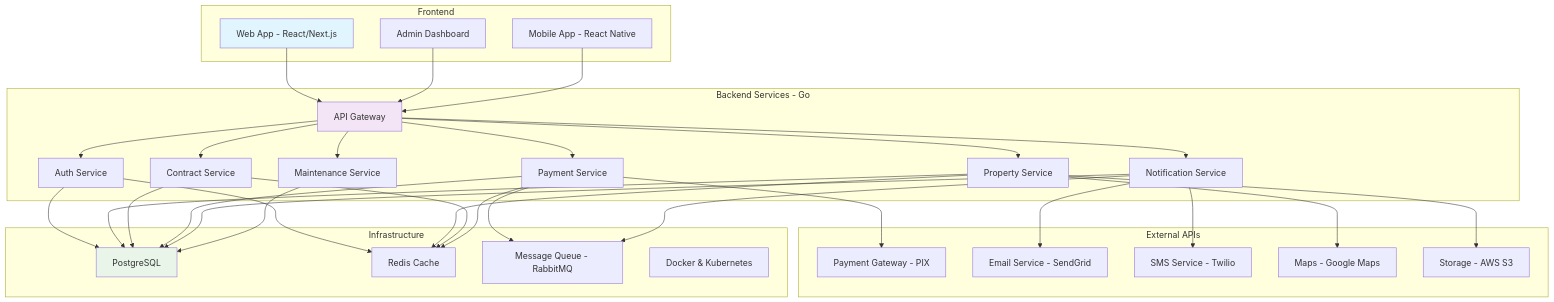
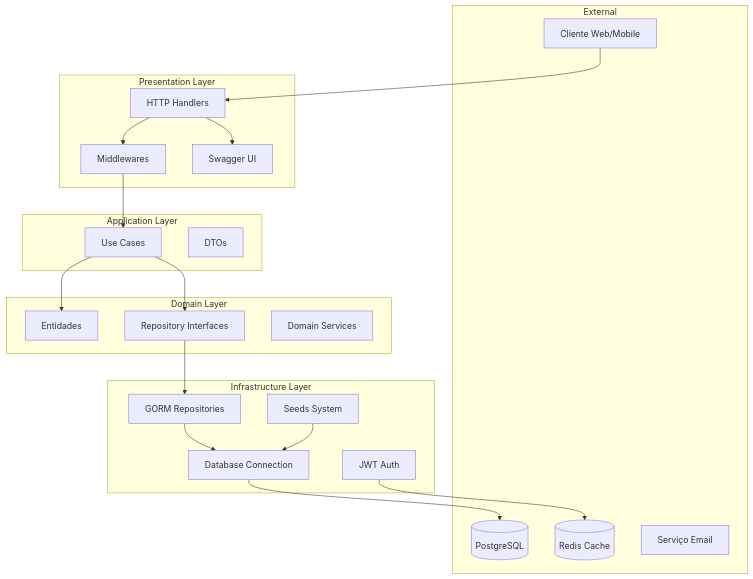
One commit to Turgho/Aluguei changed the first of 3 diagrams in src/Backend/docs/06_Arquitetura.md. Above: the diagram before and after it, drawn with Mermaid. The commit also changed other lines of this file and 10 other files, not shown here.

````diff
--- a/src/Backend/docs/06_Arquitetura.md
+++ b/src/Backend/docs/06_Arquitetura.md
@@ -3,57 +9,46 @@
 ```mermaid
 graph TB
-    subgraph Frontend
-        A[Web App - React/Next.js]
-        B[Admin Dashboard]
-        C[Mobile App - React Native]
+    subgraph "External"
+        Client[Cliente Web/Mobile]
+        DB[(PostgreSQL)]
+        Redis[(Redis Cache)]
+        Email[Serviço Email]
     end
     
-    subgraph Backend Services - Go
-        D[API Gateway]
-        E[Auth Service]
-        F[Property Service]
-        G[Contract Service]
-        H[Payment Service]
-        I[Notification Service]
-        J[Maintenance Service]
+    subgraph "Presentation Layer"
+        HTTP[HTTP Handlers]
+        Middleware[Middlewares]
+        Swagger[Swagger UI]
     end
     
-    subgraph External APIs
-        K[Payment Gateway - PIX]
-        L[Email Service - SendGrid]
-        L2[SMS Service - Twilio]
-        M[Maps - Google Maps]
-        N[Storage - AWS S3]
+    subgraph "Application Layer"
+        UC[Use Cases]
+        DTO[DTOs]
     end
     
-    subgraph Infrastructure
-        O[PostgreSQL]
-        P[Redis Cache]
-        Q[Message Queue - RabbitMQ]
-        R[Docker & Kubernetes]
+    subgraph "Domain Layer"
+        Entities[Entidades]
+        Repos[Repository Interfaces]
+        Services[Domain Services]
     end
     
-    A --> D
-    B --> D
-    C --> D
-    D --> E
-    D --> F
-    D --> G
-    D --> H
-    D --> I
-    D --> J
+    subgraph "Infrastructure Layer"
+        GORM[GORM Repositories]
+        Database[Database Connection]
+        Seeds[Seeds System]
+        Auth[JWT Auth]
+    end
     
-    H --> K
-    I --> L
-    I --> L2
-    F --> M
-    F --> N
+    Client --> HTTP
+    HTTP --> Middleware
+    Middleware --> UC
+    UC --> Entities
+    UC --> Repos
+    Repos --> GORM
+    GORM --> Database
+    Database --> DB
     
-    E & F & G & H & I & J --> O
-    E & F & G & H --> P
-    H & I --> Q
-    
-    style A fill:#e1f5fe
-    style D fill:#f3e5f5
-    style O fill:#e8f5e8
+    HTTP --> Swagger
+    Seeds --> Database
+    Auth --> Redis
 ```
````
